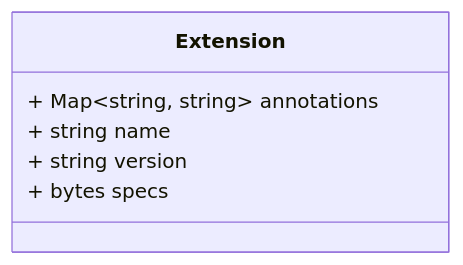
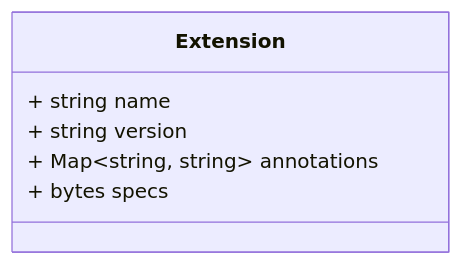
Before and after one commit to papimenon/docs: the fourth of 4 diagrams in docs/pages/data_model.proto.md, drawn with Mermaid. The commit also changed other lines of this file and 17 other files, not shown here.

````diff
--- a/docs/pages/data_model.proto.md
+++ b/docs/pages/data_model.proto.md
@@ -103,14 +142,14 @@
 ```mermaid
 classDiagram
 direction LR
 
 %% Extensions provide dynamic descriptors for an agent. For example, security and categorization features can be described using extensions.
 
 class Extension {
-  + Map~string,  string~ annotations
   + string name
   + string version
+  + Map~string,  string~ annotations
   + bytes specs
 }
 
 ```
````
